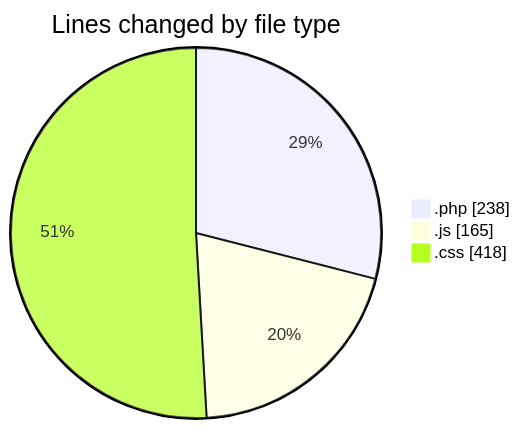
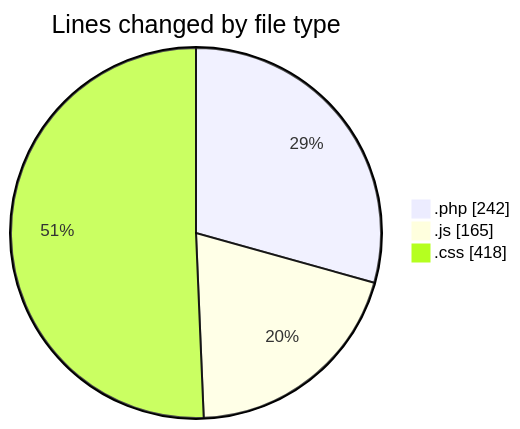
The first of 2 diagrams in 2025-04-11/web/README.md (LanceThiago/code-tracking), drawn with Mermaid before and after one commit. The commit also changed other lines of this file and 1 other file, not shown here.

````diff
--- a/2025-04-11/web/README.md
+++ b/2025-04-11/web/README.md
@@ -22,7 +22,7 @@
 ```mermaid
 pie showData
 title Lines changed by file type
-".php" : 238
+".php" : 242
 ".js" : 165
 ".css" : 418
 ```
````
